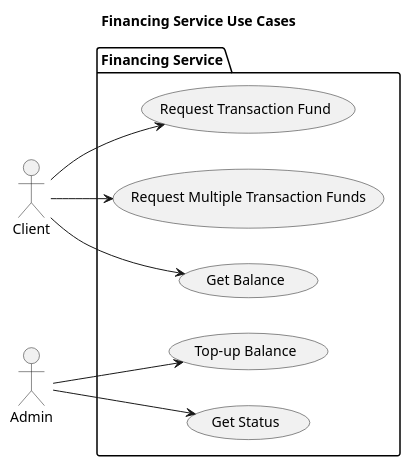
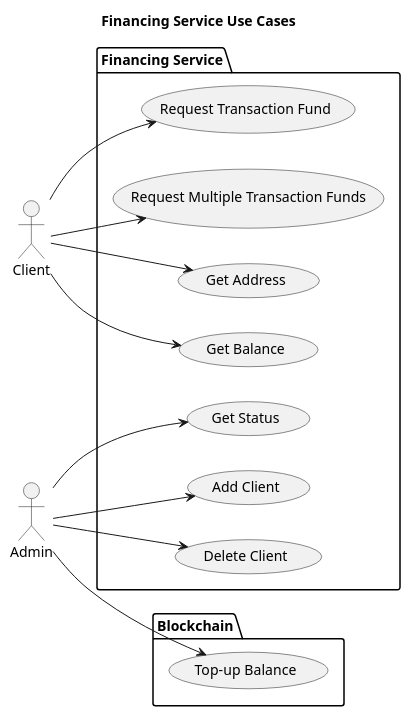
One commit to nchain-innovation/financing-service changed the diagram in docs/diagrams/use-case.puml. Above: the diagram before and after it, drawn with PlantUML. The commit also changed 16 other files, not shown here.

```diff
--- a/docs/diagrams/use-case.puml
+++ b/docs/diagrams/use-case.puml
@@ -1,17 +1,23 @@
 @startuml
 title Financing Service Use Cases
 left to right direction
 
 actor Client as C
 actor Admin as A
 
 package "Financing Service" {
     C --> (Request Transaction Fund)
     C --> (Request Multiple Transaction Funds)
+    C --> (Get Address)
     C --> (Get Balance)
 
+    A --> (Get Status) 
+    A --> (Add Client)
+    A --> (Delete Client)
+}
+
+package "Blockchain" {
     A --> (Top-up Balance)
-    A --> (Get Status)
 }
 
 @enduml
```
